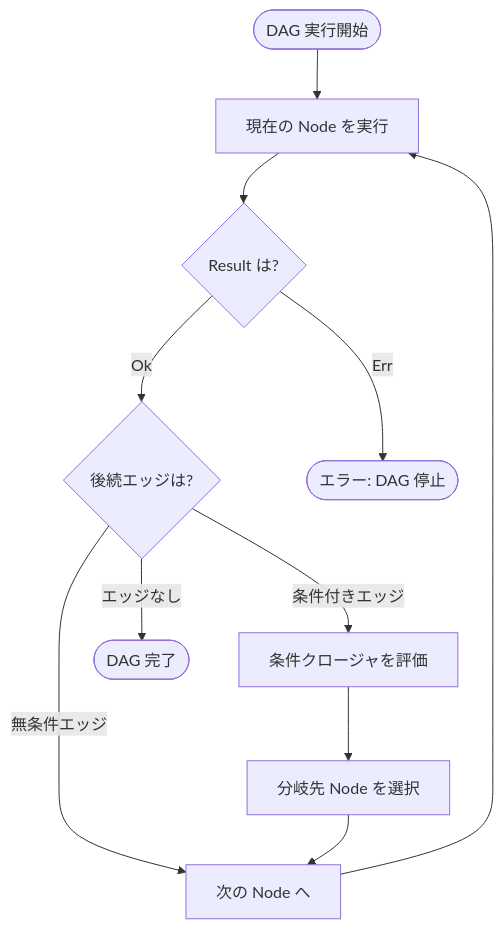
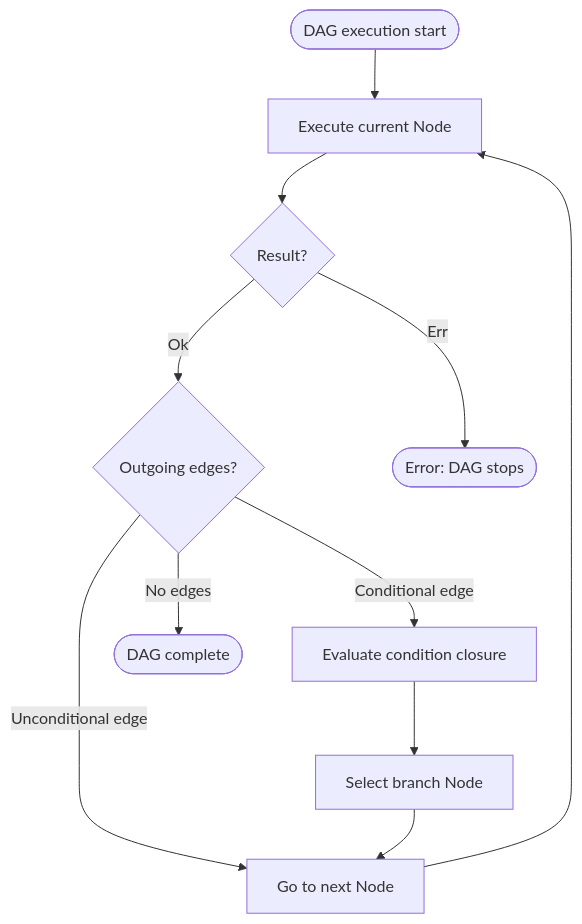
One commit to smartcrabai/smartcrab changed the third of 6 diagrams in docs/content/design/dag-engine.md. Above: the diagram before and after it, drawn with Mermaid. The commit also changed other lines of this file and 19 other files, not shown here.

````diff
--- a/docs/content/design/dag-engine.md
+++ b/docs/content/design/dag-engine.md
@@ -82,13 +82,13 @@
 ```mermaid
 flowchart TD
-    Start([DAG 実行開始]) --> ExecNode[現在の Node を実行]
-    ExecNode --> CheckResult{Result は?}
-    CheckResult -->|Ok| HasEdge{後続エッジは?}
-    CheckResult -->|Err| Error([エラー: DAG 停止])
-    HasEdge -->|無条件エッジ| NextNode[次の Node へ]
-    HasEdge -->|条件付きエッジ| EvalCond[条件クロージャを評価]
-    HasEdge -->|エッジなし| Done([DAG 完了])
-    EvalCond --> SelectBranch[分岐先 Node を選択]
+    Start([DAG execution start]) --> ExecNode[Execute current Node]
+    ExecNode --> CheckResult{Result?}
+    CheckResult -->|Ok| HasEdge{Outgoing edges?}
+    CheckResult -->|Err| Error([Error: DAG stops])
+    HasEdge -->|Unconditional edge| NextNode[Go to next Node]
+    HasEdge -->|Conditional edge| EvalCond[Evaluate condition closure]
+    HasEdge -->|No edges| Done([DAG complete])
+    EvalCond --> SelectBranch[Select branch Node]
     SelectBranch --> NextNode
     NextNode --> ExecNode
 ```
````
